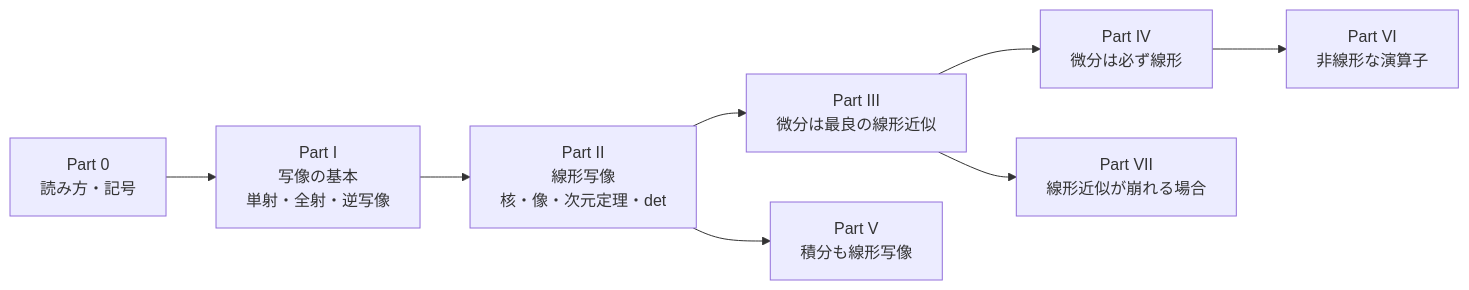
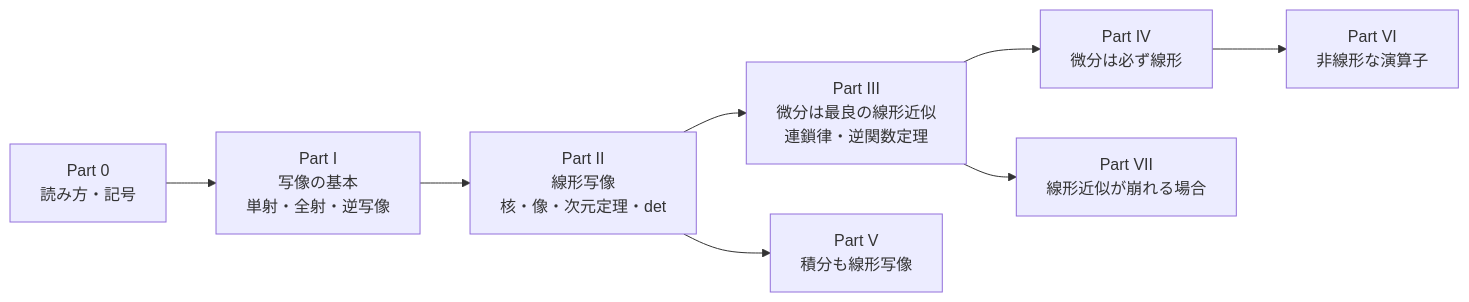
One commit to kazuma0606/quantum-study changed the diagram in 研究ノート/01_基礎・ベクトル解析/functions_linear_maps_derivatives_integrals.md. Above: the diagram before and after it, drawn with Mermaid. The commit also changed other lines of this file and 2 other files, not shown here.

First line of the commit message:
Expand Part III of the functions/linear maps note: chain rule and inverse function theorem

````diff
--- a/研究ノート/01_基礎・ベクトル解析/functions_linear_maps_derivatives_integrals.md
+++ b/研究ノート/01_基礎・ベクトル解析/functions_linear_maps_derivatives_integrals.md
@@ -95,16 +100,16 @@
 ```mermaid
 flowchart LR
     P0["Part 0<br/>読み方・記号"]
     P1["Part I<br/>写像の基本<br/>単射・全射・逆写像"]
     P2["Part II<br/>線形写像<br/>核・像・次元定理・det"]
-    P3["Part III<br/>微分は最良の線形近似"]
+    P3["Part III<br/>微分は最良の線形近似<br/>連鎖律・逆関数定理"]
     P4["Part IV<br/>微分は必ず線形"]
     P5["Part V<br/>積分も線形写像"]
     P6["Part VI<br/>非線形な演算子"]
     P7["Part VII<br/>線形近似が崩れる場合"]
 
     P0 --> P1 --> P2 --> P3 --> P4
     P2 --> P5
     P4 --> P6
     P3 --> P7
 ```
````
